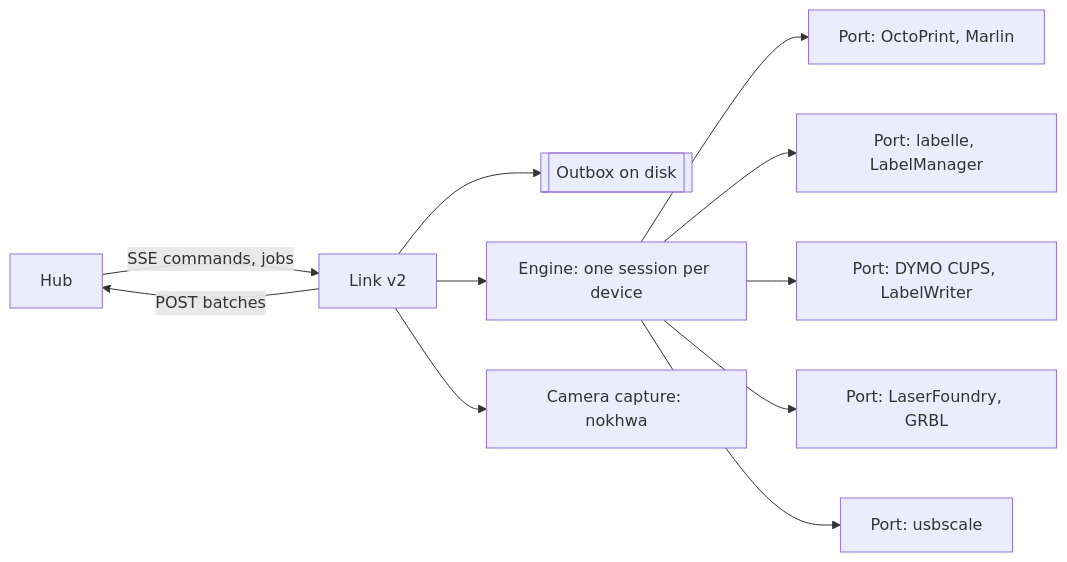
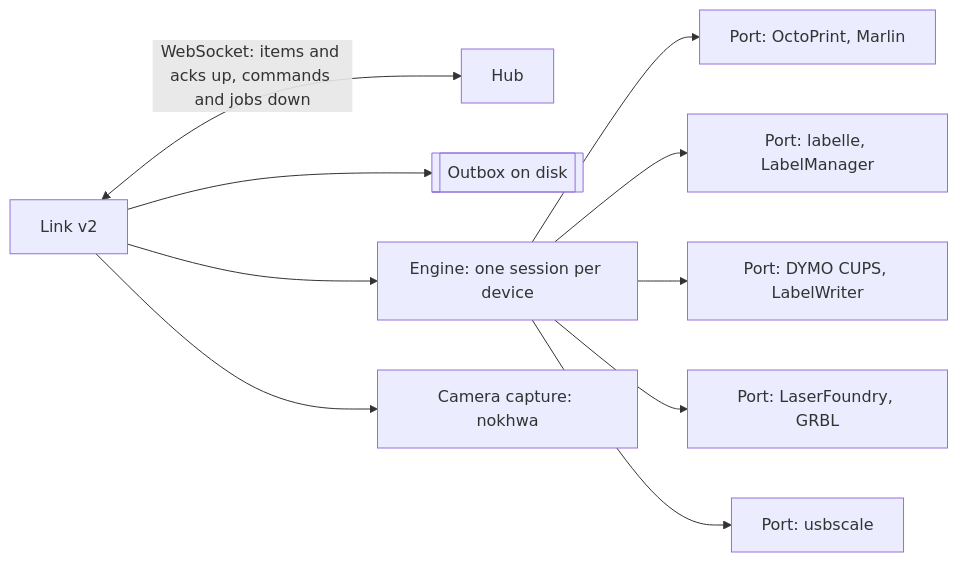
Before and after one commit to CuriousTimo/Maker-Connect: the diagram in docs/design/processes.md, drawn with Mermaid. The commit also changed other lines of this file and 20 other files, not shown here.

````diff
--- a/docs/design/processes.md
+++ b/docs/design/processes.md
@@ -65,23 +65,22 @@
 ```mermaid
 flowchart LR
   hub["Hub"]
   link["Link v2"]
   out[["Outbox on disk"]]
   eng["Engine: one session per device"]
   p1["Port: OctoPrint, Marlin"]
   p2["Port: labelle, LabelManager"]
   p3["Port: DYMO CUPS, LabelWriter"]
   p4["Port: LaserFoundry, GRBL"]
   p5["Port: usbscale"]
   c1["Camera capture: nokhwa"]
-  link -->|"POST batches"| hub
-  hub -->|"SSE commands, jobs"| link
+  link <-->|"WebSocket: items and acks up, commands and jobs down"| hub
   link --> out
   link --> eng
   eng --> p1
   eng --> p2
   eng --> p3
   eng --> p4
   eng --> p5
   link --> c1
 ```
````
